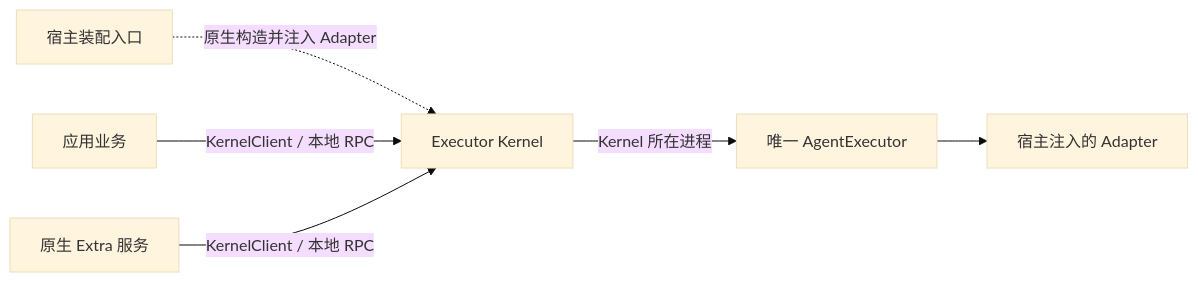
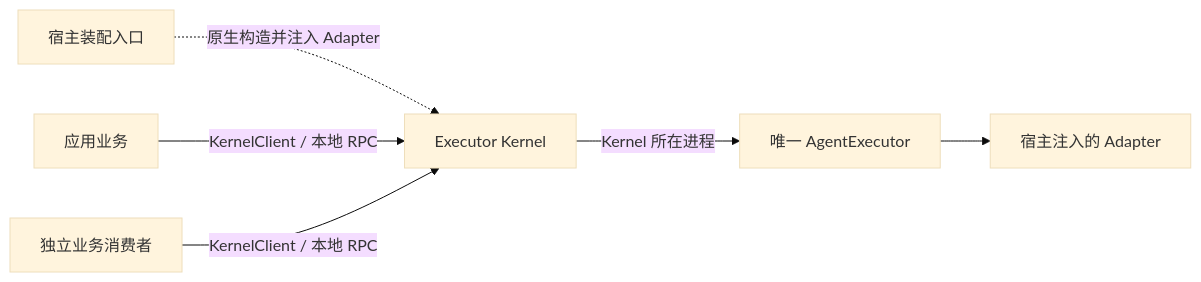
One commit to Liuxy20/octo-runtime changed the diagram in .octospec/rules/local-execution.md. Above: the diagram before and after it, drawn with Mermaid (base theme). The commit also changed other lines of this file and 691 other files, not shown here.

````diff
--- a/.octospec/rules/local-execution.md
+++ b/.octospec/rules/local-execution.md
@@ -25,8 +24,8 @@
 ```mermaid
 flowchart LR
   Host[宿主装配入口] -.->|原生构造并注入 Adapter| K[Executor Kernel]
   App[应用业务] -->|KernelClient / 本地 RPC| K
-  Extra[原生 Extra 服务] -->|KernelClient / 本地 RPC| K
+  Consumer[独立业务消费者] -->|KernelClient / 本地 RPC| K
   K -->|Kernel 所在进程| Core[唯一 AgentExecutor]
   Core --> A[宿主注入的 Adapter]
 ```
````
